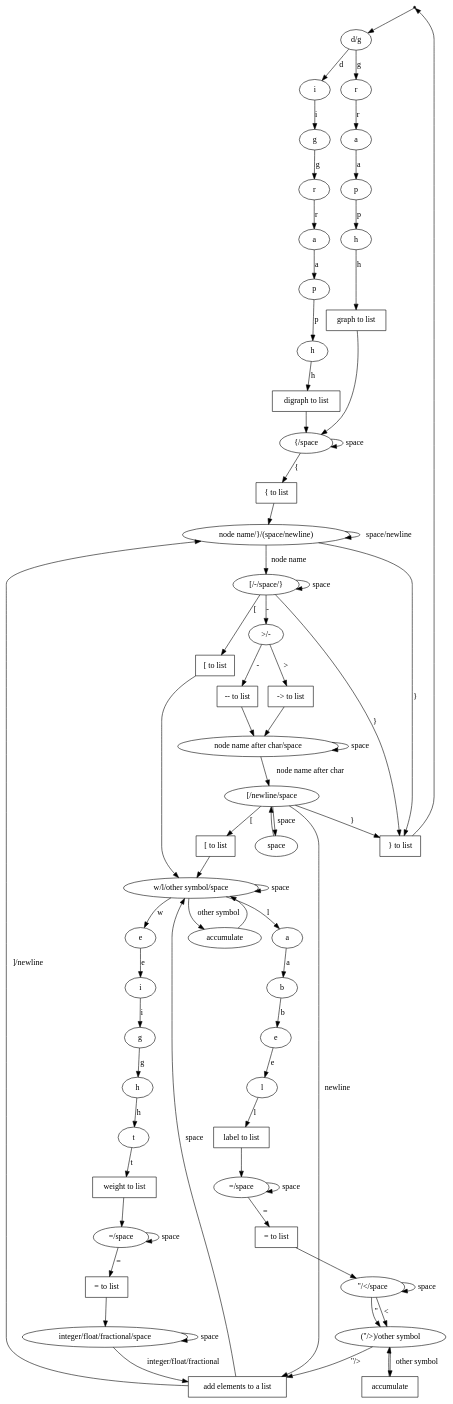
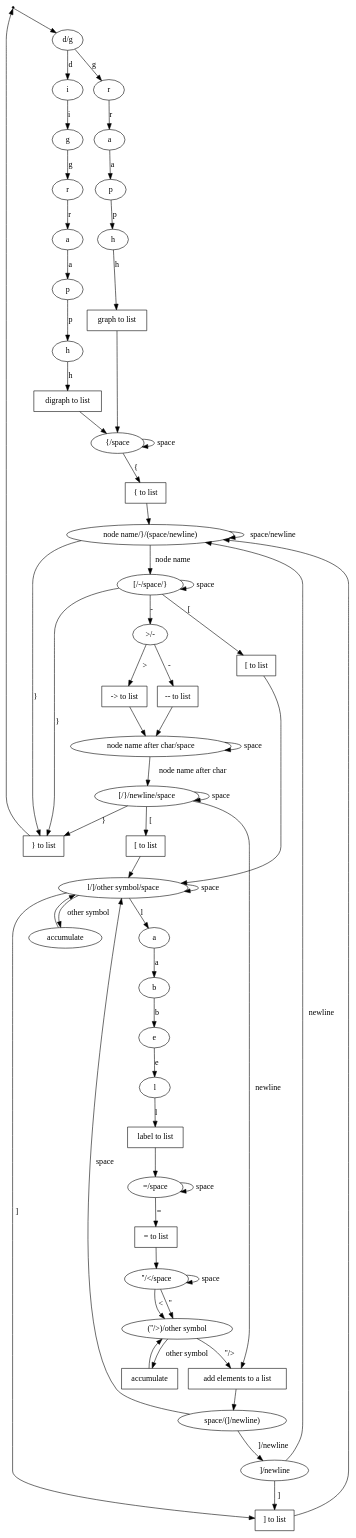
The diagram in data/proposal/symbols.gv (AshFungor/graph-serializer), drawn with Graphviz before and after one commit. The commit also changed other lines of this file and 1 other file, not shown here.

Commit message:
fixed character graph
the weight parameter was removed and the graph was adjusted

```diff
--- a/data/proposal/symbols.gv
+++ b/data/proposal/symbols.gv
@@ -1,135 +1,121 @@
 digraph {
 	start[shape="point"]
 
 	initial[shape="ellipse" label="d/g"]
 	start->initial
 
 	list [shape="box" label="add elements to a list"]
 
 	digraph_i [shape="ellipse" label="i"]
 	initial->digraph_i [label="d"]
 	digraph_g [shape="ellipse" label="g"]	
 	digraph_i->digraph_g [label="i"]
 	digraph_r [shape="ellipse" label="r"]
 	digraph_g->digraph_r [label="g"]
 	digraph_a [shape="ellipse" label="a"]
 	digraph_r->digraph_a [label="r"]
 	digraph_p [shape="ellipse" label="p"]
 	digraph_a->digraph_p [label="a"]
 	digraph_h [shape="ellipse" label="h"]
 	digraph_p->digraph_h [label="p"]
 	digraph_list [shape="box" label="digraph to list"]
 	digraph_h->digraph_list [label="h"]
 
 	graph_r [shape="ellipse" label="r"]
 	initial->graph_r [label="g"]
 	graph_a [shape="ellipse" label="a"]
 	graph_r->graph_a [label="r"]
 	graph_p [shape="ellipse" label="p"]
 	graph_a->graph_p [label="a"]
 	graph_h [shape="ellipse" label="h"]
 	graph_p->graph_h [label="p"]
 	graph_list [shape="box" label="graph to list"]
 	graph_h->graph_list [label="h"]
 	
 	open_g [shape="ellipse" label="{/space"]
 	open_g->open_g [label="space"]
 	digraph_list->open_g  
 	graph_list->open_g 
 	open_g_list [shape="box" label="{ to list"]
 	open_g->open_g_list [label="{"]
 	
 	node_name [shape="ellipse" label="node name/}/(space/newline)"]
 	node_name->node_name [label="space/newline"]
 	open_g_list->node_name  
 	choice_char [shape="ellipse" label="[/-/space/}"]
 	choice_char->choice_char [label="space"]
 	choice_char_list [shape="box" label="[ to list"]
 	choice_char->choice_char_list [label="["]
 	choice_char->end [label="}"]
 	node_name->choice_char [label="node name"]
 
 	transition [shape="ellipse" label=" >/- "]
 	transition_list1 [shape="box" label="-- to list"]
 	transition_list2 [shape="box" label="-> to list"]
 	transition->transition_list1 [label="-"]
 	transition->transition_list2 [label=">"]
 	choice_char->transition [label="-"]
 	end [shape="box" label="} to list"]
 	node_name->end [label="}"]	
 	
 	node_name2 [shape="ellipse" label="node name after char/space"]
 	node_name2->node_name2 [label="space"]
-	param_node [shape="ellipse" label="[/newline/space"]
-	param_node->space [label="space"]
+	param_node [shape="ellipse" label="[/}/newline/space"]
+	param_node->param_node [label="space"]
 	param_node->end [label="}"]
-	space->param_node
 	transition_list1->node_name2 
 	transition_list2->node_name2 
 	node_name2->param_node [label="node name after char"]
 	param_node_list [shape="box" label="[ to list"]
 	param_node->param_node_list [label=" [ "]
 	param_node->list [label=" newline "]
 	param_node_list->attr
-
-	list->node_name [label=" ]/newline "]
-	list->attr [label=" space"]
 	
-	attr [shape="ellipse" label="w/l/other symbol/space"]
+	attr [shape="ellipse" label="l/]/other symbol/space"]
+	close_square_list [shape = "box" label = "] to list"] 
+	attr->close_square_list [label = " ] "]
+	close_square_list->node_name
 	attr->attr [label="space"]
 	choice_char_list->attr 
 
-	attr_weight_e [shape="ellipse" label="e"]
-	attr->attr_weight_e [label="w"]
-	attr_weight_i [shape="ellipse" label="i"]
-	attr_weight_e->attr_weight_i [label="e"]
-	attr_weight_g [shape="ellipse" label="g"]
-	attr_weight_i->attr_weight_g [label="i"]
-	attr_weight_h [shape="ellipse" label="h"]
-	attr_weight_g->attr_weight_h [label="g"]
-	attr_weight_t [shape="ellipse" label="t"]
-	attr_weight_h->attr_weight_t [label="h"]
-	attr_weight_list [shape="box" label="weight to list"]
-	attr_weight_t->attr_weight_list [label="t"]
-	attr_weight_equals [shape="ellipse" label="=/space"]
-	attr_weight_equals->attr_weight_equals [label = "space"]
-	attr_weight_equals_list [shape="box" label="= to list"]
-	attr_weight_equals->attr_weight_equals_list [label="="]
-	attr_weight_list->attr_weight_equals 
-	attr_weight_value [shape="ellipse" label="integer/float/fractional/space"]
-	attr_weight_value->attr_weight_value [label="space"]
-	attr_weight_equals_list->attr_weight_value 
-	attr_weight_value->list [label="integer/float/fractional"]
+	list_choice [shape="ellipse" label=" space/(]/newline) "]
+	list_choice_second [shape="ellipse" label=" ]/newline "]
+	list->list_choice
+	list_choice->attr [label=" space "]
+	list_choice->list_choice_second [label=" ]/newline "]
+	list_choice_second->node_name [label=" newline " ]
+	list_choice_second->close_square_list [label=" ] "]
+
 
 	attr_label_a [shape="ellipse" label="a"]
 	attr->attr_label_a [label="l"]
 	attr_label_b [shape="ellipse" label="b"]
 	attr_label_a->attr_label_b [label="a"]
 	attr_label_e [shape="ellipse" label="e"]
 	attr_label_b->attr_label_e [label="b"]
 	attr_label_l [shape="ellipse" label="l"]
 	attr_label_e->attr_label_l [label="e"]
 	attr_label_list1 [shape="box" label="label to list"]
 	attr_label_l->attr_label_list1 [label="l"]
 	attr_label_equals [shape="ellipse" label="=/space"]
 	attr_label_equals->attr_label_equals [label="space"]
 	attr_label_list1->attr_label_equals 
 	attr_label_equals_list [shape="box" label="= to list"]
 	attr_label_equals->attr_label_equals_list [label="="]
 	attr_label_open [shape="ellipse" label="''/</space"]
 	attr_label_open->attr_label_open [label="space"]
 	attr_label_equals_list->attr_label_open 
 	attr_label_value [shape="ellipse" label="(''/>)/other symbol"]
 	attr_label_open->attr_label_value [label="<"]
 	attr_label_open->attr_label_value [label="''"]
 	attr_label_list [shape="box" label="accumulate"]
 	attr_label_value->attr_label_list [label="other symbol"]
 	attr_label_list->attr_label_value 
 	attr_label_value->list [label="''/>"]
 
 	arrt_list [shape="ellipse" label="accumulate"]
 	attr->arrt_list [label="other symbol"]
 	arrt_list->attr
 
 	end->start
 }
```
